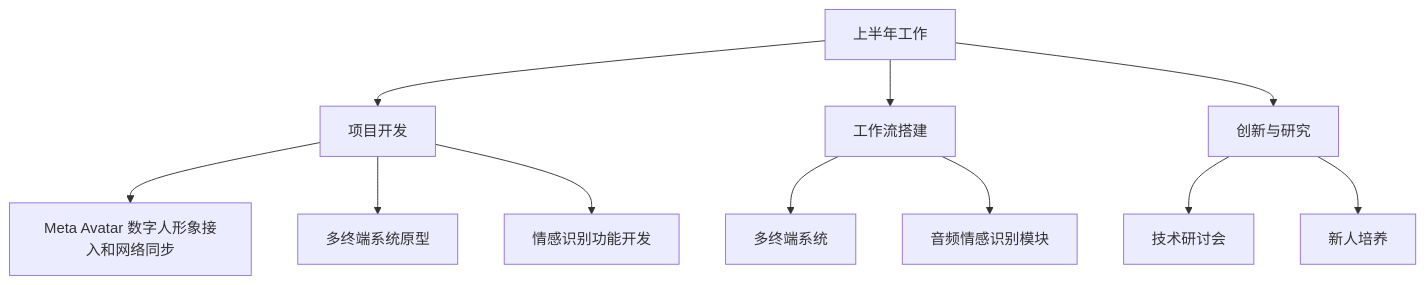
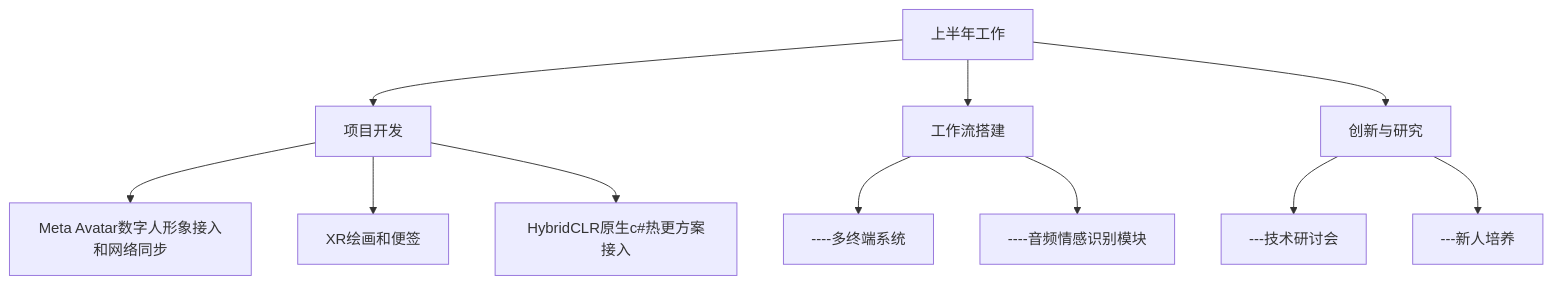
One commit to kamisaer/Who-am-I changed the first of 4 diagrams in README.md. Above: the diagram before and after it, drawn with Mermaid.

````diff
--- a/README.md
+++ b/README.md
@@ -14,13 +14,13 @@
 ```mermaid 
 flowchart TD
     A[上半年工作] --> B[项目开发]
-    B --> B1[Meta Avatar 数字人形象接入和网络同步]
-    B --> B2[多终端系统原型]
-    B --> B3[情感识别功能开发]
+    B --> B1[Meta Avatar数字人形象接入和网络同步]
+    B --> B2[XR绘画和便签]
+    B --> B3[HybridCLR原生c#热更方案接入]
     A --> C[工作流搭建]
-    C --> C1[多终端系统]
-    C --> C2[音频情感识别模块]
+    C --> C1[----多终端系统]
+    C --> C2[----音频情感识别模块]
     A --> D[创新与研究]
-    D --> D1[技术研讨会]
-    D --> D2[新人培养]
+    D --> D1[---技术研讨会]
+    D --> D2[---新人培养]
 ```
````
